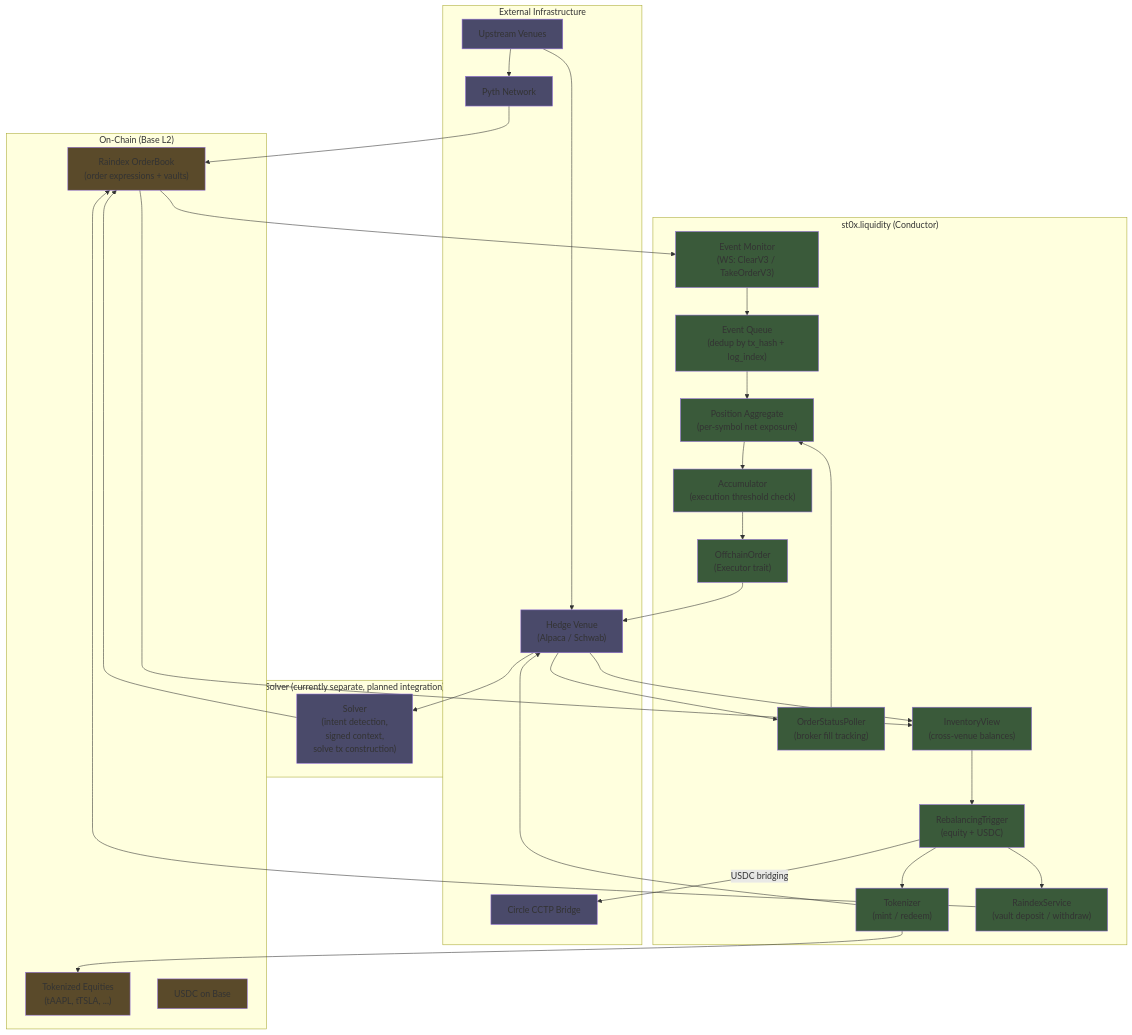
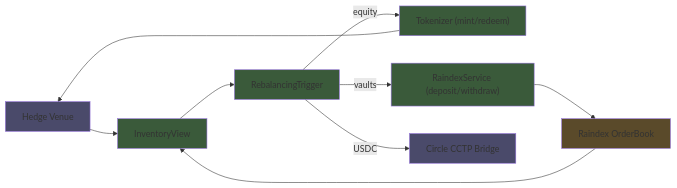
Before and after one commit to ST0x-Technology/st0x.liquidity: the eighth of 9 diagrams in TRUTH.md, drawn with Mermaid. The commit also changed other lines of this file, not shown here.

Commit message:
compact diagram layouts: LR pipelines, remove redundant diagrams, split architecture

````diff
--- a/TRUTH.md
+++ b/TRUTH.md
@@ -395,76 +326,19 @@
 ```mermaid
-graph TB
-    subgraph "External Infrastructure"
-        UV[Upstream Venues]
-        HV["Hedge Venue<br/>(Alpaca / Schwab)"]
-        Pyth[Pyth Network]
-        CCTP[Circle CCTP Bridge]
-    end
+graph LR
+    HV["Hedge Venue"] --> INV[InventoryView]
+    OB["Raindex OrderBook"] --> INV
+    INV --> REB[RebalancingTrigger]
+    REB -->|equity| TOK["Tokenizer (mint/redeem)"]
+    REB -->|vaults| RDX["RaindexService (deposit/withdraw)"]
+    REB -->|USDC| CCTP[Circle CCTP Bridge]
+    TOK --> HV
+    RDX --> OB
 
-    subgraph "On-Chain (Base L2)"
-        OB["Raindex OrderBook<br/>(order expressions + vaults)"]
-        Tokens["Tokenized Equities<br/>(tAAPL, tTSLA, ...)"]
-        USDC_C[USDC on Base]
-    end
-
-    subgraph "Solver (currently separate, planned integration)"
-        SLV["Solver<br/>(intent detection,<br/>signed context,<br/>solve tx construction)"]
-    end
-
-    subgraph "st0x.liquidity (Conductor)"
-        EVT["Event Monitor<br/>(WS: ClearV3 / TakeOrderV3)"]
-        EQ["Event Queue<br/>(dedup by tx_hash + log_index)"]
-        POS["Position Aggregate<br/>(per-symbol net exposure)"]
-        ACC["Accumulator<br/>(execution threshold check)"]
-        OOP["OffchainOrder<br/>(Executor trait)"]
-        OSP["OrderStatusPoller<br/>(broker fill tracking)"]
-        INV["InventoryView<br/>(cross-venue balances)"]
-        REB["RebalancingTrigger<br/>(equity + USDC)"]
-        TOK["Tokenizer<br/>(mint / redeem)"]
-        RDX["RaindexService<br/>(vault deposit / withdraw)"]
-    end
-
-    UV --> Pyth
-    UV --> HV
-    Pyth --> OB
-    HV --> SLV
-    SLV --> OB
-
-    OB --> EVT
-    EVT --> EQ
-    EQ --> POS
-    POS --> ACC
-    ACC --> OOP
-    OOP --> HV
-    HV --> OSP
-    OSP --> POS
-
-    INV --> REB
-    HV --> INV
-    OB --> INV
-    REB --> TOK
-    TOK --> HV
-    TOK --> Tokens
-    REB --> RDX
-    RDX --> OB
-    REB -->|USDC bridging| CCTP
-
-    style UV fill:#4a4a6a
     style HV fill:#4a4a6a
-    style Pyth fill:#4a4a6a
-    style CCTP fill:#4a4a6a
     style OB fill:#5a4a2a
-    style Tokens fill:#5a4a2a
-    style USDC_C fill:#5a4a2a
-    style SLV fill:#4a4a6a
-    style EVT fill:#3a5a3a
-    style EQ fill:#3a5a3a
-    style POS fill:#3a5a3a
-    style ACC fill:#3a5a3a
-    style OOP fill:#3a5a3a
-    style OSP fill:#3a5a3a
     style INV fill:#3a5a3a
     style REB fill:#3a5a3a
     style TOK fill:#3a5a3a
     style RDX fill:#3a5a3a
+    style CCTP fill:#4a4a6a
 ```
````
